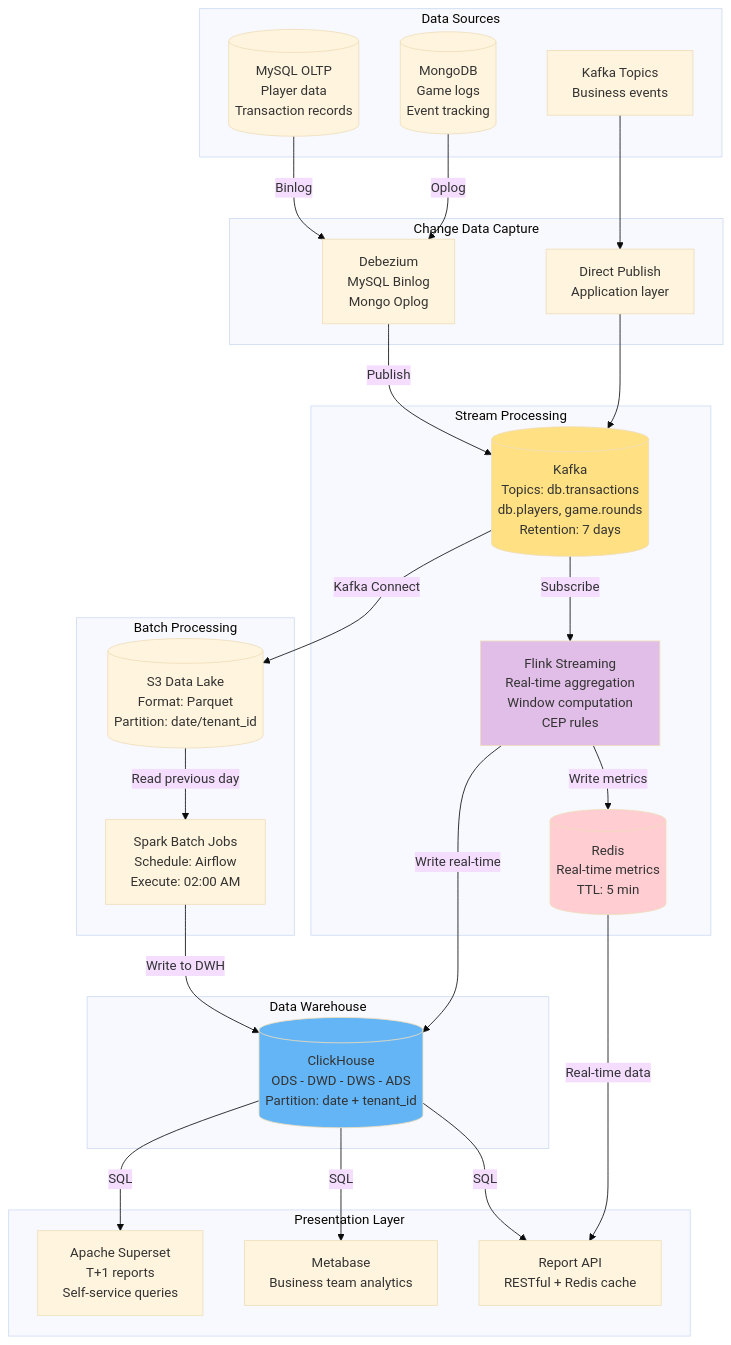
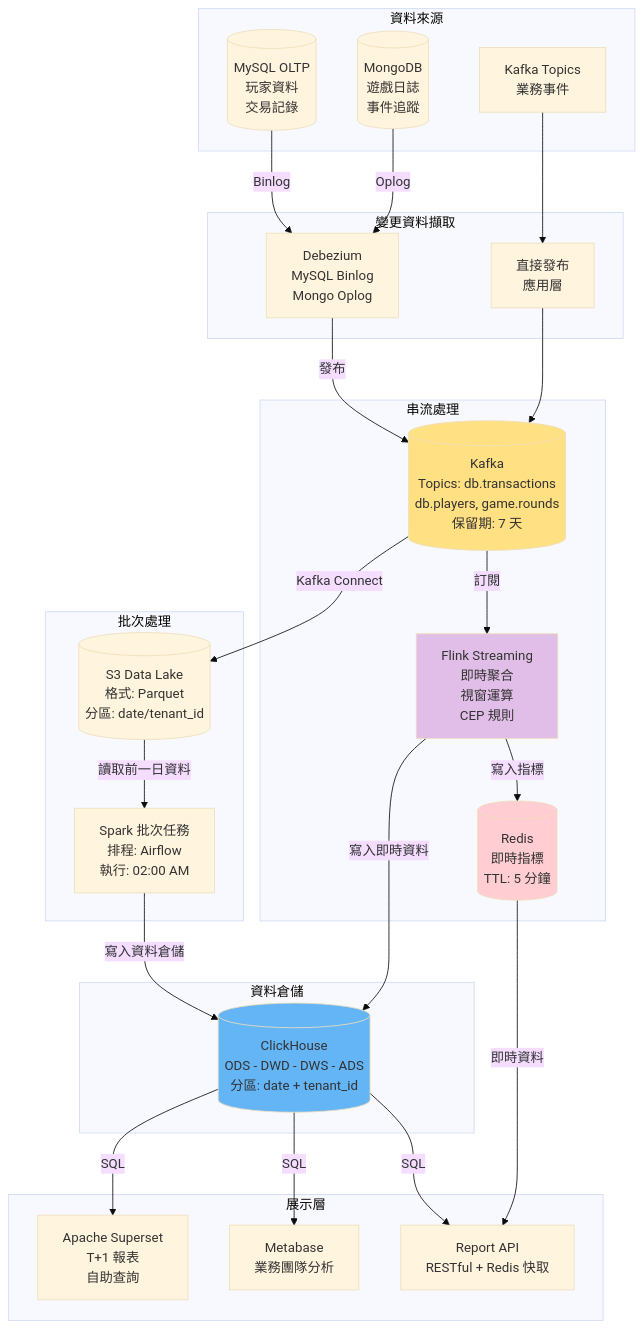
One commit to ron03wlb/smart-admin changed the first of 3 diagrams in docs/iGaming/architecture/08_Analytics_Service/Reporting_Architecture.md. Above: the diagram before and after it, drawn with Mermaid (base theme). The commit also changed other lines of this file and 4 other files, not shown here.

Commit message:
docs(iGaming): translate Batch 26 — Agent/Analytics/Infrastructure (5 files)

````diff
--- a/docs/iGaming/architecture/08_Analytics_Service/Reporting_Architecture.md
+++ b/docs/iGaming/architecture/08_Analytics_Service/Reporting_Architecture.md
@@ -18,59 +18,59 @@
 ```mermaid
 flowchart TD
-    subgraph SOURCES[Data Sources]
-        DB1[(MySQL OLTP<br/>Player data<br/>Transaction records)]
-        DB2[(MongoDB<br/>Game logs<br/>Event tracking)]
-        KAFKA_SRC[Kafka Topics<br/>Business events]
+    subgraph SOURCES[資料來源]
+        DB1[(MySQL OLTP<br/>玩家資料<br/>交易記錄)]
+        DB2[(MongoDB<br/>遊戲日誌<br/>事件追蹤)]
+        KAFKA_SRC[Kafka Topics<br/>業務事件]
     end
 
-    subgraph CDC[Change Data Capture]
+    subgraph CDC[變更資料擷取]
         DEBEZIUM[Debezium<br/>MySQL Binlog<br/>Mongo Oplog]
-        DIRECT[Direct Publish<br/>Application layer]
+        DIRECT[直接發布<br/>應用層]
     end
 
     DB1 -->|Binlog| DEBEZIUM
     DB2 -->|Oplog| DEBEZIUM
     KAFKA_SRC --> DIRECT
 
-    subgraph STREAMING[Stream Processing]
-        KAFKA[(Kafka<br/>Topics: db.transactions<br/>db.players, game.rounds<br/>Retention: 7 days)]
-        FLINK[Flink Streaming<br/>Real-time aggregation<br/>Window computation<br/>CEP rules]
-        REDIS[(Redis<br/>Real-time metrics<br/>TTL: 5 min)]
+    subgraph STREAMING[串流處理]
+        KAFKA[(Kafka<br/>Topics: db.transactions<br/>db.players, game.rounds<br/>保留期: 7 天)]
+        FLINK[Flink Streaming<br/>即時聚合<br/>視窗運算<br/>CEP 規則]
+        REDIS[(Redis<br/>即時指標<br/>TTL: 5 分鐘)]
     end
 
-    DEBEZIUM -->|Publish| KAFKA
+    DEBEZIUM -->|發布| KAFKA
     DIRECT --> KAFKA
-    KAFKA -->|Subscribe| FLINK
-    FLINK -->|Write metrics| REDIS
+    KAFKA -->|訂閱| FLINK
+    FLINK -->|寫入指標| REDIS
 
-    subgraph BATCH[Batch Processing]
-        S3[(S3 Data Lake<br/>Format: Parquet<br/>Partition: date/tenant_id)]
-        SPARK[Spark Batch Jobs<br/>Schedule: Airflow<br/>Execute: 02:00 AM]
+    subgraph BATCH[批次處理]
+        S3[(S3 Data Lake<br/>格式: Parquet<br/>分區: date/tenant_id)]
+        SPARK[Spark 批次任務<br/>排程: Airflow<br/>執行: 02:00 AM]
     end
 
     KAFKA -->|Kafka Connect| S3
-    S3 -->|Read previous day| SPARK
+    S3 -->|讀取前一日資料| SPARK
 
-    subgraph DWH[Data Warehouse]
-        CLICKHOUSE[(ClickHouse<br/>ODS - DWD - DWS - ADS<br/>Partition: date + tenant_id)]
+    subgraph DWH[資料倉儲]
+        CLICKHOUSE[(ClickHouse<br/>ODS - DWD - DWS - ADS<br/>分區: date + tenant_id)]
     end
 
-    SPARK -->|Write to DWH| CLICKHOUSE
-    FLINK -->|Write real-time| CLICKHOUSE
+    SPARK -->|寫入資料倉儲| CLICKHOUSE
+    FLINK -->|寫入即時資料| CLICKHOUSE
 
-    subgraph PRESENTATION[Presentation Layer]
-        SUPERSET[Apache Superset<br/>T+1 reports<br/>Self-service queries]
-        METABASE[Metabase<br/>Business team analytics]
-        API[Report API<br/>RESTful + Redis cache]
+    subgraph PRESENTATION[展示層]
+        SUPERSET[Apache Superset<br/>T+1 報表<br/>自助查詢]
+        METABASE[Metabase<br/>業務團隊分析]
+        API[Report API<br/>RESTful + Redis 快取]
     end
 
     CLICKHOUSE -->|SQL| SUPERSET
     CLICKHOUSE -->|SQL| METABASE
     CLICKHOUSE -->|SQL| API
-    REDIS -->|Real-time data| API
+    REDIS -->|即時資料| API
 
     style KAFKA fill:#FFE082
     style FLINK fill:#E1BEE7
     style REDIS fill:#FFCDD2
     style CLICKHOUSE fill:#64B5F6
 ```
````
